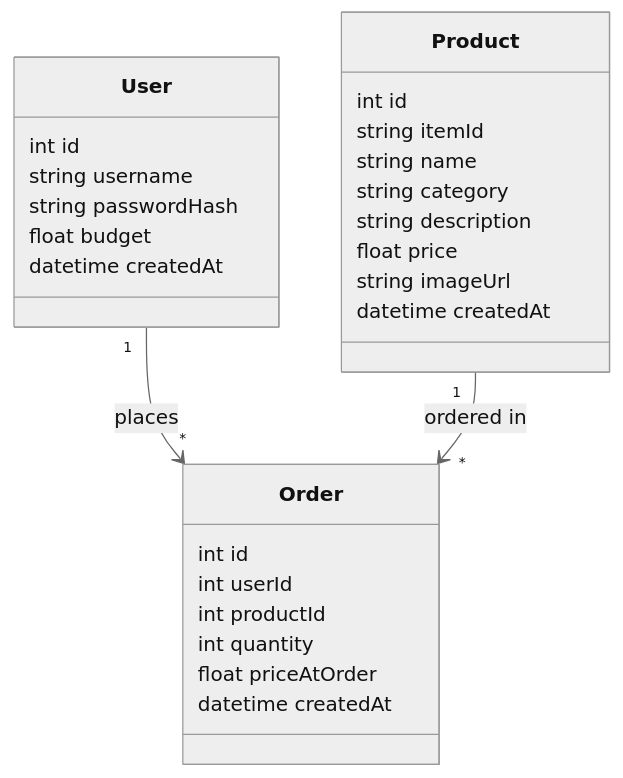
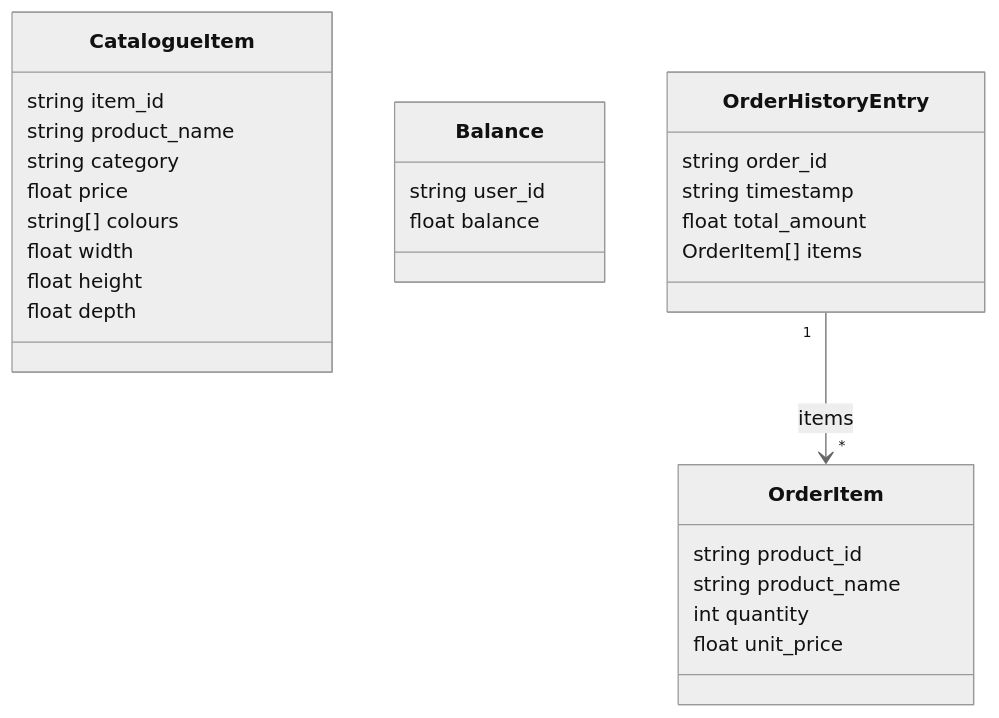
Before and after one commit to JohntyR/my-furniture-buyer-app: the second of 2 diagrams in architecture.md, drawn with Mermaid (neutral theme). The commit also changed other lines of this file and 776 other files, not shown here.

First line of the commit message:
Move catalogue, balance, and order history fully onto the live API

````diff
--- a/architecture.md
+++ b/architecture.md
@@ -3,30 +23,30 @@
 ```mermaid
 classDiagram
-    class User {
-        int id
-        string username
-        string passwordHash
-        float budget
-        datetime createdAt
+    class CatalogueItem {
+        string item_id
+        string product_name
+        string category
+        float price
+        string[] colours
+        float width
+        float height
+        float depth
     }
-    class Product {
-        int id
-        string itemId
-        string name
-        string category
-        string description
-        float price
-        string imageUrl
-        datetime createdAt
+    class Balance {
+        string user_id
+        float balance
     }
-    class Order {
-        int id
-        int userId
-        int productId
+    class OrderHistoryEntry {
+        string order_id
+        string timestamp
+        float total_amount
+        OrderItem[] items
+    }
+    class OrderItem {
+        string product_id
+        string product_name
         int quantity
-        float priceAtOrder
-        datetime createdAt
+        float unit_price
     }
-    User "1" --> "*" Order : places
-    Product "1" --> "*" Order : ordered in
+    OrderHistoryEntry "1" --> "*" OrderItem : items
 ```
````
